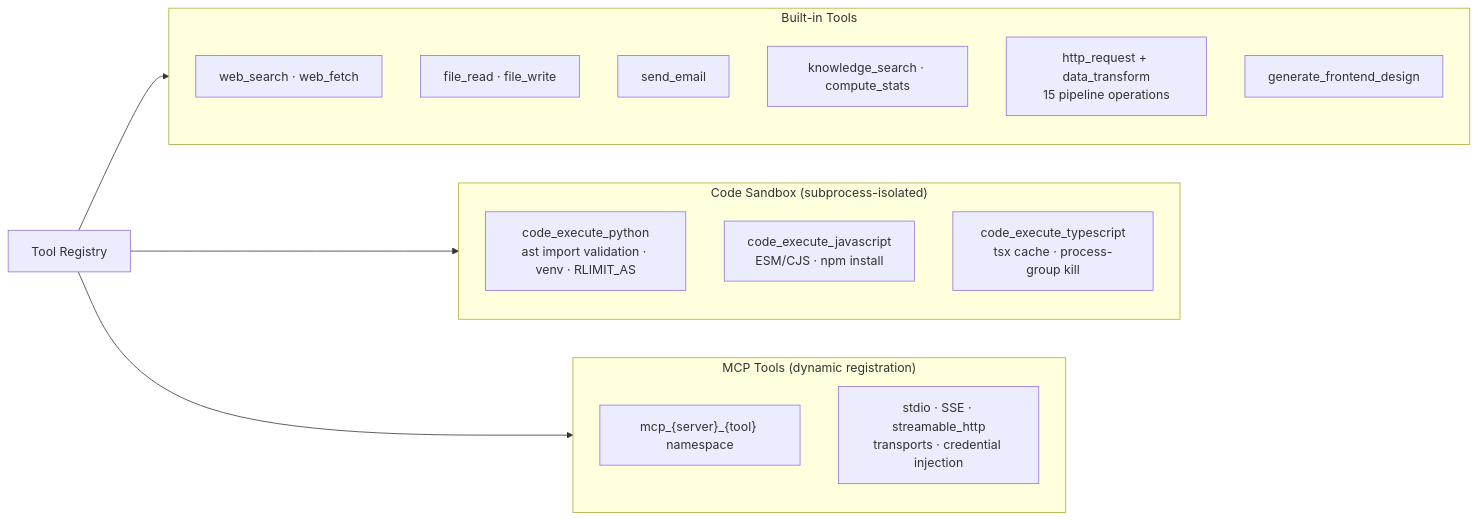
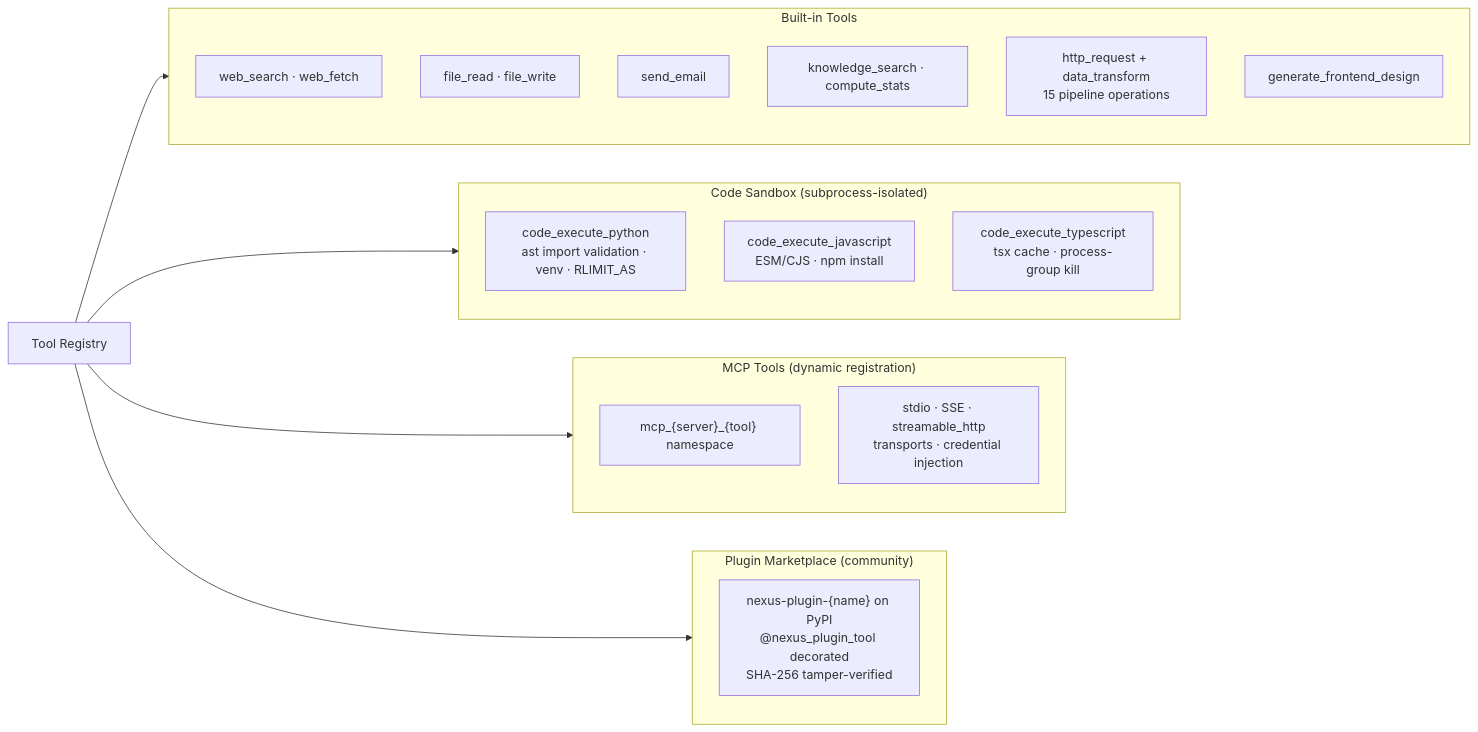
One commit to BrandonToddJackson/nexus-notarized-ai-execution changed the fourth of 5 diagrams in README.md. Above: the diagram before and after it, drawn with Mermaid. The commit also changed other lines of this file and 13 other files, not shown here.

First line of the commit message:
feat(marketplace): Phase 27 — Plugin Marketplace — 1728 tests

````diff
--- a/README.md
+++ b/README.md
@@ -193,26 +193,31 @@
 ```mermaid
 flowchart LR
     subgraph BUILTIN["Built-in Tools"]
         WS[web_search · web_fetch]
         FILE[file_read · file_write]
         COMMS[send_email]
         DATA[knowledge_search · compute_stats]
         HTTP[http_request + data_transform\n15 pipeline operations]
         FE[generate_frontend_design]
     end
 
     subgraph SANDBOX["Code Sandbox (subprocess-isolated)"]
         PY["code_execute_python\nast import validation · venv · RLIMIT_AS"]
         JS["code_execute_javascript\nESM/CJS · npm install"]
         TS["code_execute_typescript\ntsx cache · process-group kill"]
     end
 
     subgraph MCP_TOOLS["MCP Tools (dynamic registration)"]
         MCPN["mcp_{server}_{tool} namespace"]
         MCPE["stdio · SSE · streamable_http\ntransports · credential injection"]
     end
 
+    subgraph MARKET["Plugin Marketplace (community)"]
+        PKG["nexus-plugin-{name} on PyPI\n@nexus_plugin_tool decorated\nSHA-256 tamper-verified"]
+    end
+
     TR[Tool Registry] --> BUILTIN
     TR --> SANDBOX
     TR --> MCP_TOOLS
+    TR --> MARKET
 ```
````
